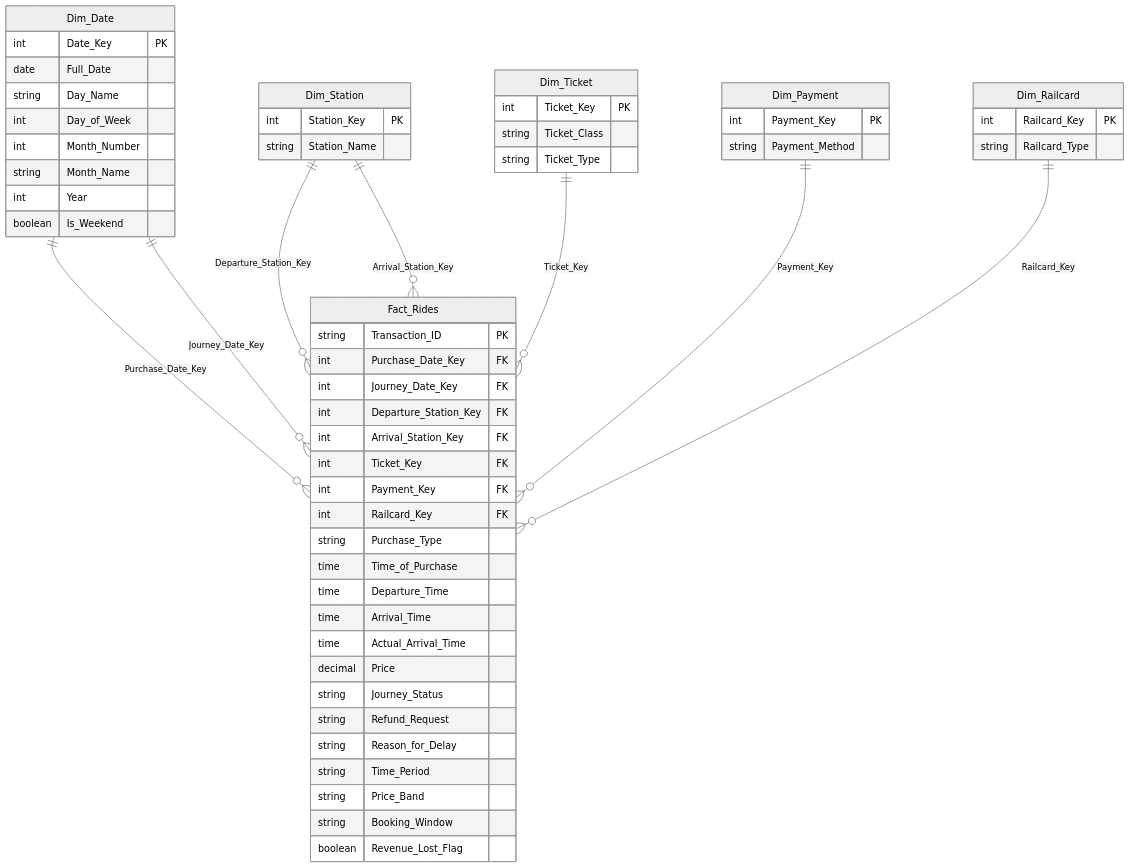
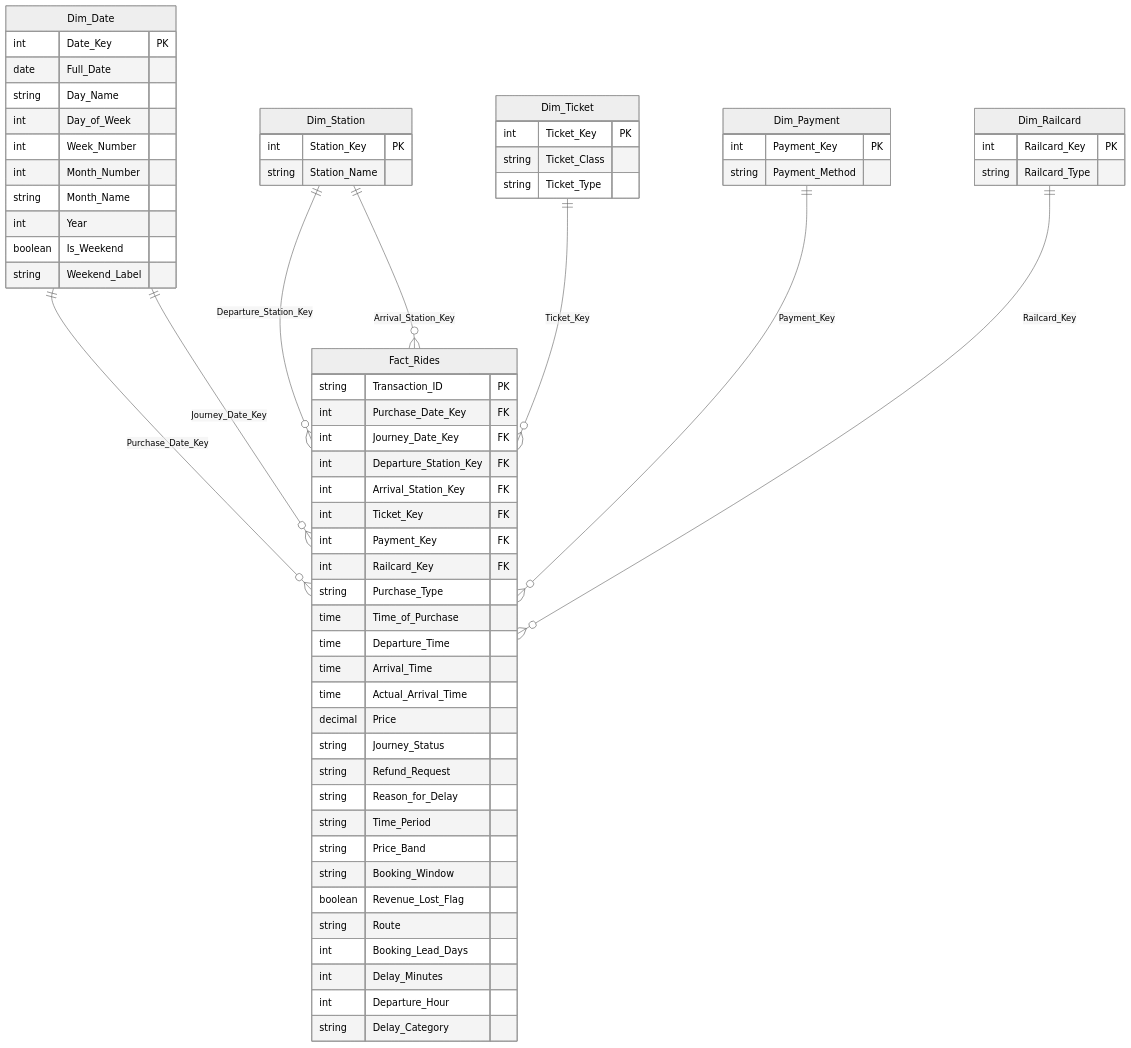
The diagram in docs/Power_BI_Modeling_Guide.md (EgoZag76/UK-Train-Rides-Analysis), drawn with Mermaid (neutral theme) before and after one commit. The commit also changed other lines of this file and 3 other files, not shown here.

````diff
--- a/docs/Power_BI_Modeling_Guide.md
+++ b/docs/Power_BI_Modeling_Guide.md
@@ -26,66 +26,73 @@
 ```mermaid
 erDiagram
     Dim_Date ||--o{ Fact_Rides : "Purchase_Date_Key"
     Dim_Date ||--o{ Fact_Rides : "Journey_Date_Key"
     Dim_Station ||--o{ Fact_Rides : "Departure_Station_Key"
     Dim_Station ||--o{ Fact_Rides : "Arrival_Station_Key"
     Dim_Ticket ||--o{ Fact_Rides : "Ticket_Key"
     Dim_Payment ||--o{ Fact_Rides : "Payment_Key"
     Dim_Railcard ||--o{ Fact_Rides : "Railcard_Key"
 
     Fact_Rides {
         string Transaction_ID PK
         int Purchase_Date_Key FK
         int Journey_Date_Key FK
         int Departure_Station_Key FK
         int Arrival_Station_Key FK
         int Ticket_Key FK
         int Payment_Key FK
         int Railcard_Key FK
         string Purchase_Type
         time Time_of_Purchase
         time Departure_Time
         time Arrival_Time
         time Actual_Arrival_Time
         decimal Price
         string Journey_Status
         string Refund_Request
         string Reason_for_Delay
         string Time_Period
         string Price_Band
         string Booking_Window
         boolean Revenue_Lost_Flag
+        string Route
+        int Booking_Lead_Days
+        int Delay_Minutes
+        int Departure_Hour
+        string Delay_Category
     }
 
     Dim_Date {
         int Date_Key PK
         date Full_Date
         string Day_Name
         int Day_of_Week
+        int Week_Number
         int Month_Number
         string Month_Name
         int Year
         boolean Is_Weekend
+        string Weekend_Label
     }
 
     Dim_Station {
         int Station_Key PK
         string Station_Name
     }
 
     Dim_Ticket {
         int Ticket_Key PK
         string Ticket_Class
         string Ticket_Type
     }
 
     Dim_Payment {
         int Payment_Key PK
         string Payment_Method
     }
 
     Dim_Railcard {
         int Railcard_Key PK
         string Railcard_Type
     }
 ```
````
